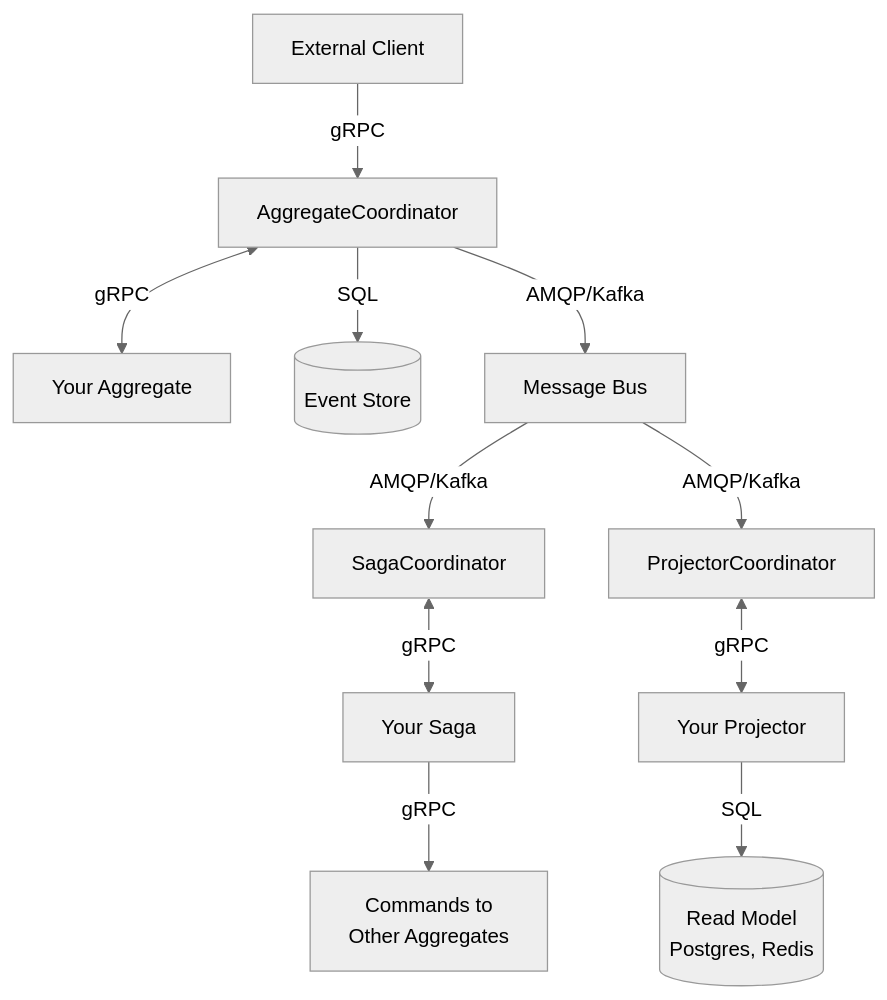
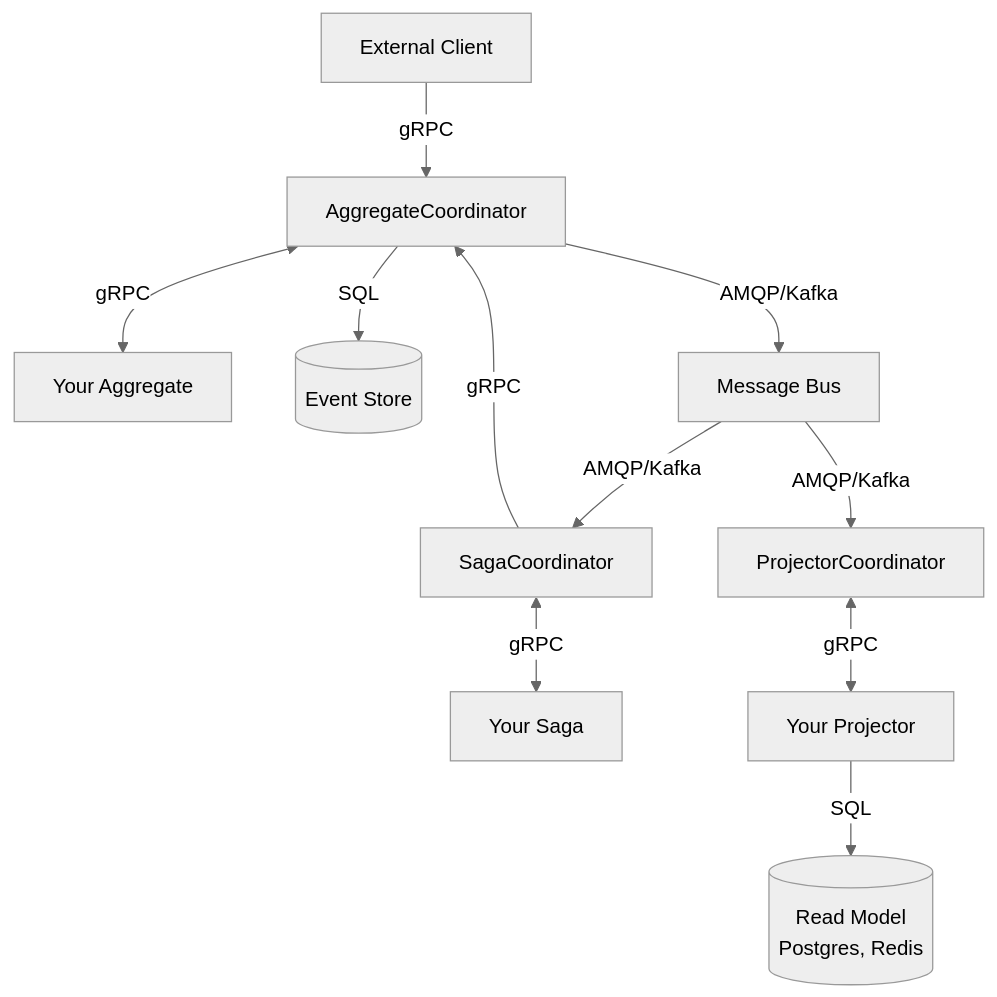
The first of 3 diagrams in docs/docs/architecture.md (benjaminabbitt/angzarr), drawn with Mermaid (neutral theme) before and after one commit. The commit also changed other lines of this file and 9 other files, not shown here.

````diff
--- a/docs/docs/architecture.md
+++ b/docs/docs/architecture.md
@@ -69,25 +56,24 @@
 ```mermaid
 flowchart TB
     Client[External Client]
     AC[AggregateCoordinator]
     Agg[Your Aggregate]
     ES[(Event Store)]
     BUS[Message Bus]
     SC[SagaCoordinator]
     PC[ProjectorCoordinator]
     Saga[Your Saga]
     Proj[Your Projector]
-    Cmd[Commands to<br/>Other Aggregates]
     RM[(Read Model<br/>Postgres, Redis)]
 
     Client -->|gRPC| AC
     AC <-->|gRPC| Agg
     AC -->|SQL| ES
     AC -->|AMQP/Kafka| BUS
     BUS -->|AMQP/Kafka| SC
     BUS -->|AMQP/Kafka| PC
     SC <-->|gRPC| Saga
+    SC -->|gRPC| AC
     PC <-->|gRPC| Proj
-    Saga -->|gRPC| Cmd
     Proj -->|SQL| RM
 ```
````
